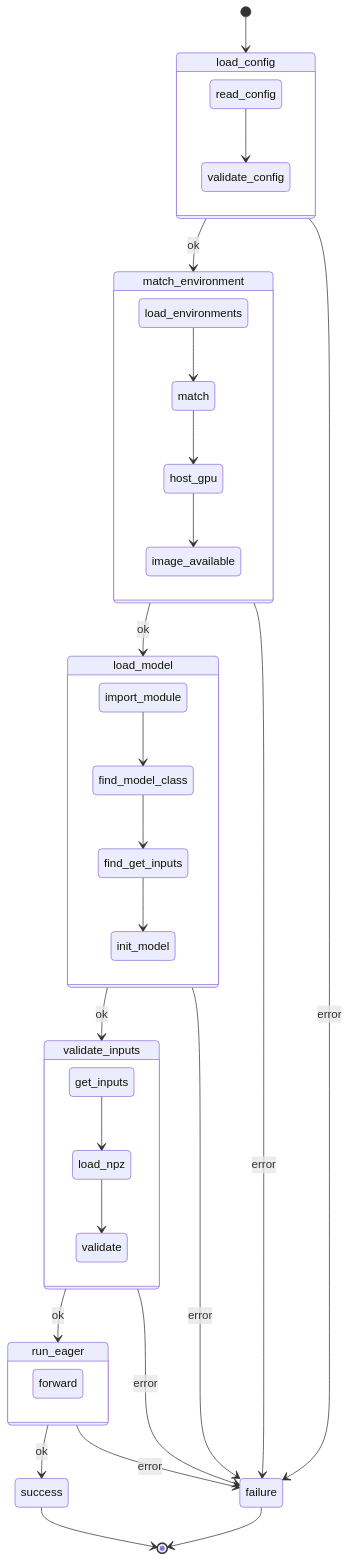
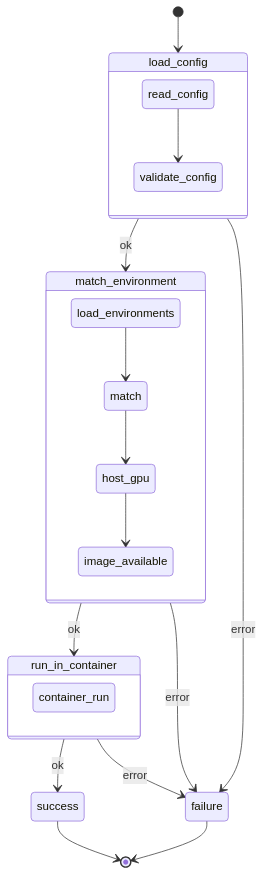
One commit to reza-rahimi-yasp/kronos-edge-v2 changed the first of 2 diagrams in architecture.md. Above: the diagram before and after it, drawn with Mermaid. The commit also changed other lines of this file and 2 other files, not shown here.

First line of the commit message:
Document the in-container eager run

````diff
--- a/architecture.md
+++ b/architecture.md
@@ -10,37 +16,24 @@
 ```mermaid
 stateDiagram-v2
     [*] --> load_config
     load_config --> match_environment : ok
     load_config --> failure : error
-    match_environment --> load_model : ok
+    match_environment --> run_in_container : ok
     match_environment --> failure : error
-    load_model --> validate_inputs : ok
-    load_model --> failure : error
-    validate_inputs --> run_eager : ok
-    validate_inputs --> failure : error
-    run_eager --> success : ok
-    run_eager --> failure : error
+    run_in_container --> success : ok
+    run_in_container --> failure : error
     success --> [*]
     failure --> [*]
 
     state load_config {
         read_config --> validate_config
     }
     state match_environment {
         load_environments --> match
         match --> host_gpu
         host_gpu --> image_available
     }
-    state load_model {
-        import_module --> find_model_class
-        find_model_class --> find_get_inputs
-        find_get_inputs --> init_model
-    }
-    state validate_inputs {
-        get_inputs --> load_npz
-        load_npz --> validate
-    }
-    state run_eager {
-        forward
+    state run_in_container {
+        container_run
     }
 ```
````
